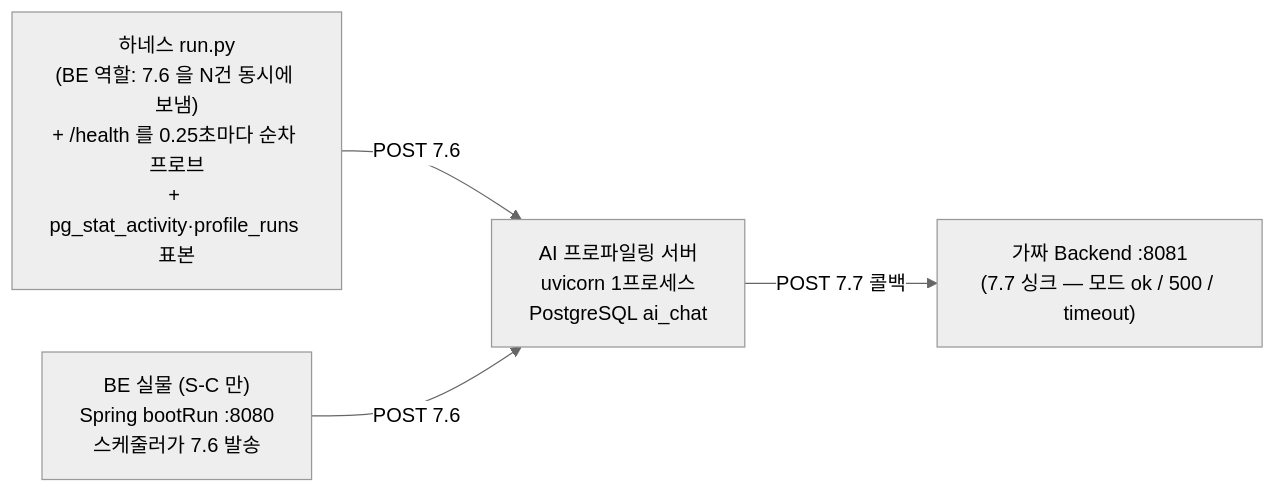
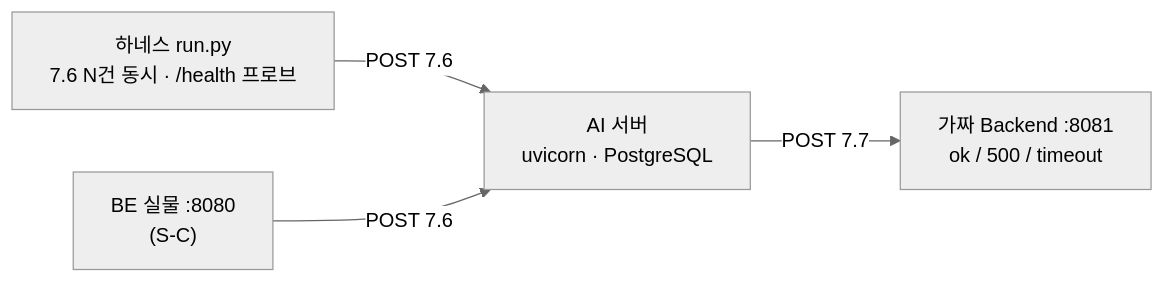
Before and after one commit to 100-hours-a-week/KTB4-12th-AI: the first of 3 diagrams in profiling/docs/부하_시험_결과_2026-09-29.md, drawn with Mermaid (neutral theme). The commit also changed other lines of this file and 70 other files, not shown here.

````diff
--- a/profiling/docs/부하_시험_결과_2026-09-29.md
+++ b/profiling/docs/부하_시험_결과_2026-09-29.md
@@ -48,6 +48,6 @@
 ```mermaid
 flowchart LR
-  H["하네스 run.py<br/>(BE 역할: 7.6 을 N건 동시에 보냄)<br/>+ /health 를 0.25초마다 순차 프로브<br/>+ pg_stat_activity·profile_runs 표본"] -->|"POST 7.6"| AI["AI 프로파일링 서버<br/>uvicorn 1프로세스<br/>PostgreSQL ai_chat"]
-  AI -->|"POST 7.7 콜백"| F["가짜 Backend :8081<br/>(7.7 싱크 — 모드 ok / 500 / timeout)"]
-  BE["BE 실물 (S-C 만)<br/>Spring bootRun :8080<br/>스케줄러가 7.6 발송"] -->|"POST 7.6"| AI
+  H["하네스 run.py<br/>7.6 N건 동시 · /health 프로브"] -->|"POST 7.6"| AI["AI 서버<br/>uvicorn · PostgreSQL"]
+  AI -->|"POST 7.7"| F["가짜 Backend :8081<br/>ok / 500 / timeout"]
+  BE["BE 실물 :8080<br/>(S-C)"] -->|"POST 7.6"| AI
 ```
````
